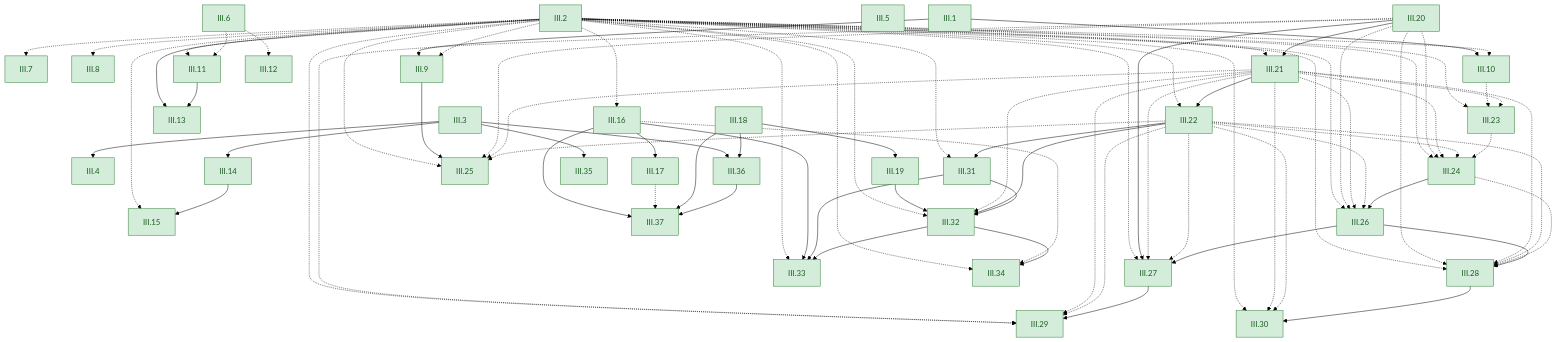
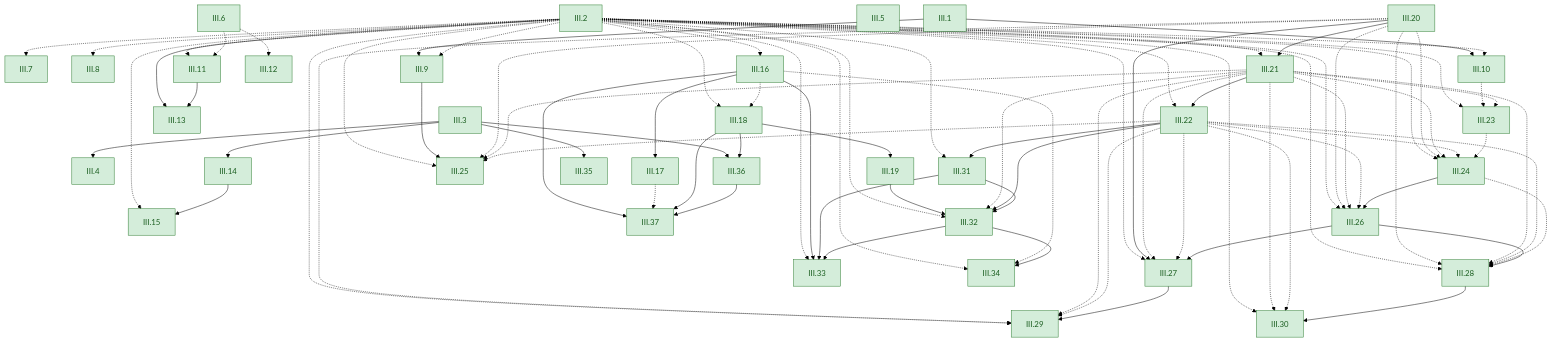
Before and after one commit to dodecaplex-co/stoicheia: the sixth of 6 diagrams in GRAPH.md, drawn with Mermaid (forest theme). The commit also changed other lines of this file and 14 other files, not shown here.

```diff
--- a/GRAPH.md
+++ b/GRAPH.md
@@ -814,6 +814,8 @@
   III14 --> III15
   III2 -.-> III16
   III16 --> III17
+  III2 -.-> III18
+  III16 -.-> III18
   III18 --> III19
   III2 -.-> III21
   III20 --> III21
```
